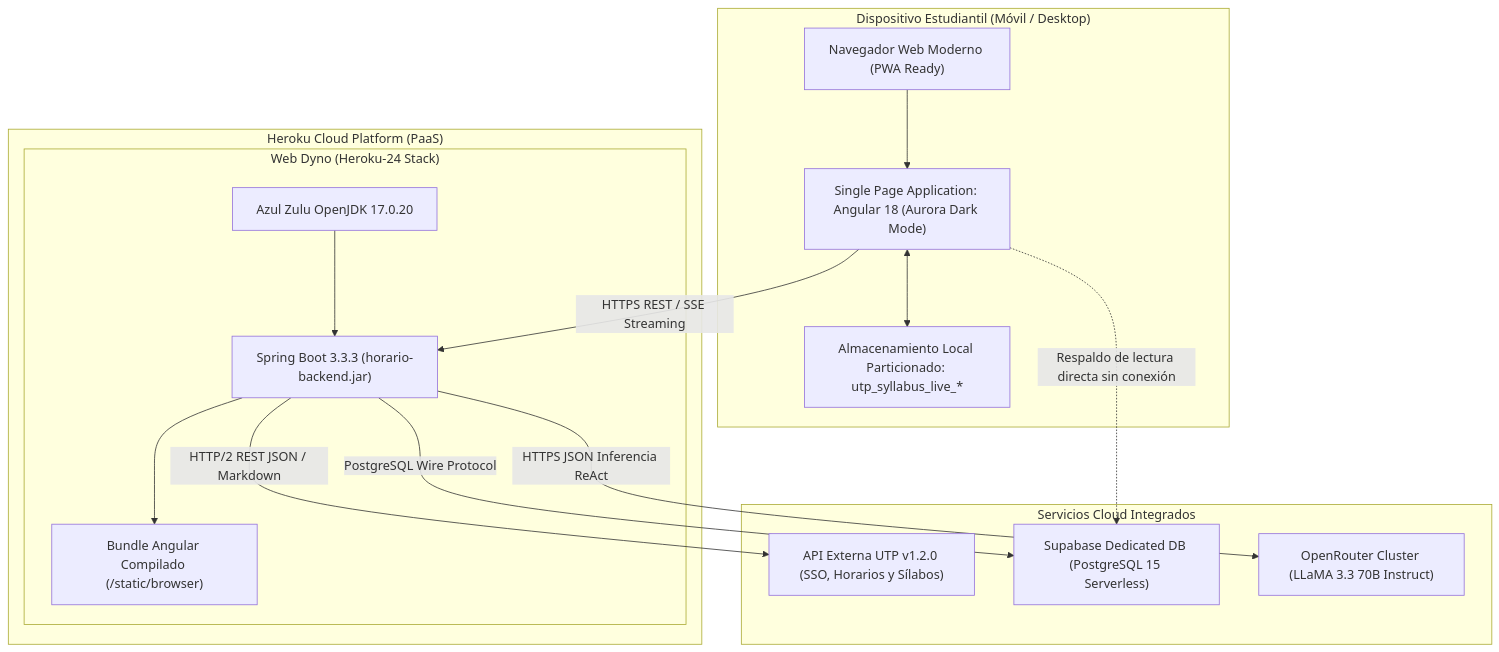
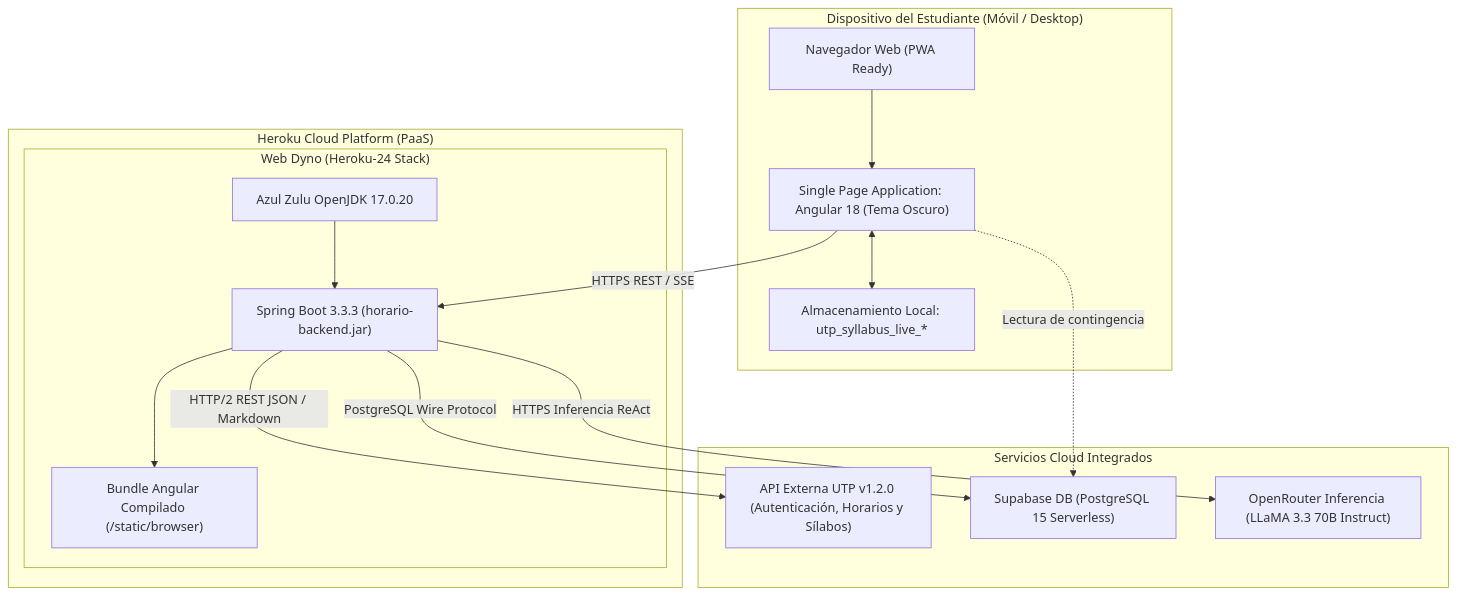
The seventh of 8 diagrams in INFORME_TECNICO_PROYECTO.md (Joan2022Laurente/horarioInteligente), drawn with Mermaid before and after one commit. The commit also changed other lines of this file, not shown here.

````diff
--- a/INFORME_TECNICO_PROYECTO.md
+++ b/INFORME_TECNICO_PROYECTO.md
@@ -425,32 +423,32 @@
 ```mermaid
 flowchart TB
-    subgraph ClientDevice["Dispositivo Estudiantil (Móvil / Desktop)"]
-        Browser["Navegador Web Moderno (PWA Ready)"]
-        AngularApp["Single Page Application: Angular 18 (Aurora Dark Mode)"]
-        LocalStorage["Almacenamiento Local Particionado: utp_syllabus_live_*"]
+    subgraph ClientDevice["Dispositivo del Estudiante (Móvil / Desktop)"]
+        Browser["Navegador Web (PWA Ready)"]
+        AngularApp["Single Page Application: Angular 18 (Tema Oscuro)"]
+        LocalStorage["Almacenamiento Local: utp_syllabus_live_*"]
         Browser --> AngularApp
         AngularApp <--> LocalStorage
     end
 
     subgraph HerokuCloud["Heroku Cloud Platform (PaaS)"]
         subgraph AppDyno["Web Dyno (Heroku-24 Stack)"]
             JVM["Azul Zulu OpenJDK 17.0.20"]
             SpringApp["Spring Boot 3.3.3 (horario-backend.jar)"]
             StaticFiles["Bundle Angular Compilado (/static/browser)"]
             JVM --> SpringApp
             SpringApp --> StaticFiles
         end
     end
 
-    subgraph CloudEcosystem["Servicios Cloud Integrados"]
-        UTP_API["API Externa UTP v1.2.0 (SSO, Horarios y Sílabos)"]
-        Supabase["Supabase Dedicated DB (PostgreSQL 15 Serverless)"]
-        OpenRouterService["OpenRouter Cluster (LLaMA 3.3 70B Instruct)"]
+    subgraph CloudServices["Servicios Cloud Integrados"]
+        UTP_API["API Externa UTP v1.2.0 (Autenticación, Horarios y Sílabos)"]
+        Supabase["Supabase DB (PostgreSQL 15 Serverless)"]
+        OpenRouterService["OpenRouter Inferencia (LLaMA 3.3 70B Instruct)"]
     end
 
-    AngularApp -->|HTTPS REST / SSE Streaming| SpringApp
+    AngularApp -->|HTTPS REST / SSE| SpringApp
     SpringApp -->|HTTP/2 REST JSON / Markdown| UTP_API
     SpringApp -->|PostgreSQL Wire Protocol| Supabase
-    SpringApp -->|HTTPS JSON Inferencia ReAct| OpenRouterService
-    AngularApp -.->|Respaldo de lectura directa sin conexión| Supabase
+    SpringApp -->|HTTPS Inferencia ReAct| OpenRouterService
+    AngularApp -.->|Lectura de contingencia| Supabase
 ```
````
